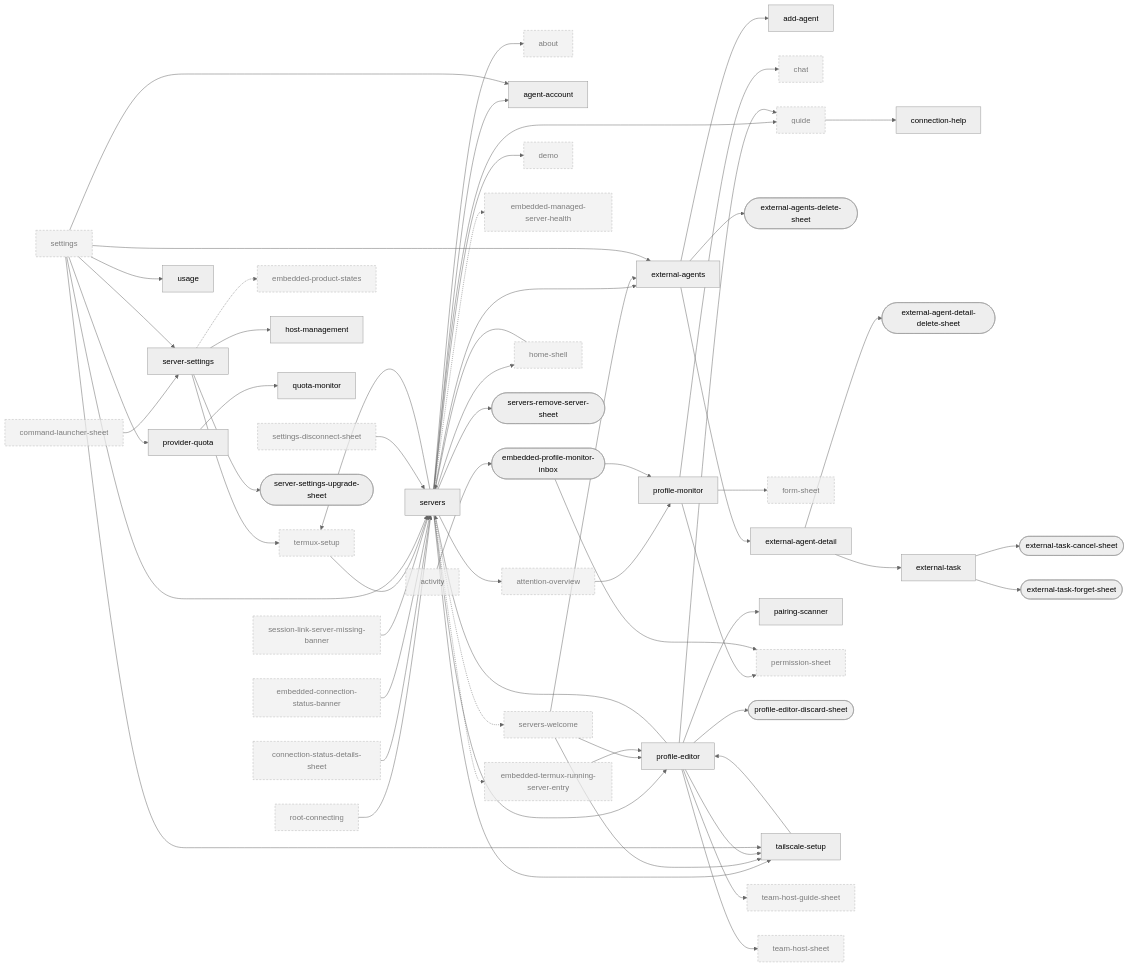
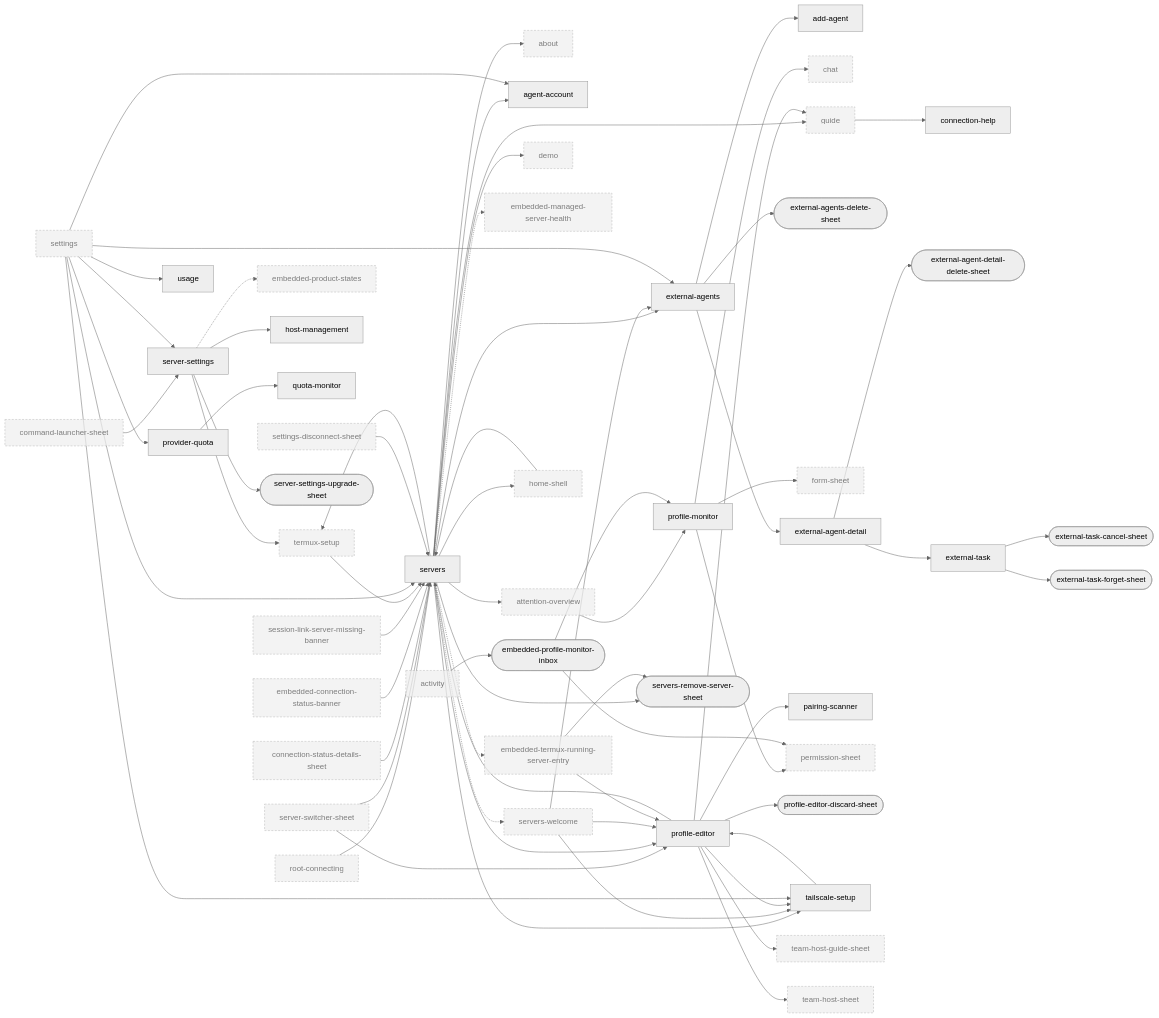
Before and after one commit to Breskott/opencode-mobile-next: the fifth of 10 diagrams in docs/design/ui-ledger/navigation.md, drawn with Mermaid (neutral theme). The commit also changed other lines of this file and 19 other files, not shown here.

First line of the commit message:
feat(shell): the server name in the app bar is the server switcher

```diff
--- a/docs/design/ui-ledger/navigation.md
+++ b/docs/design/ui-ledger/navigation.md
@@ -690,6 +700,7 @@
   root_connecting["root-connecting"]:::ext
   server_settings["server-settings"]
   server_settings_upgrade_sheet(["server-settings-upgrade-sheet"])
+  server_switcher_sheet["server-switcher-sheet"]:::ext
   servers["servers"]
   servers_remove_server_sheet(["servers-remove-server-sheet"])
   servers_welcome["servers-welcome"]:::ext
@@ -703,6 +714,8 @@
   usage["usage"]
   root_connecting --> servers
   home_shell --> servers
+  server_switcher_sheet --> servers
+  server_switcher_sheet --> profile_editor
   connection_status_details_sheet --> servers
   embedded_connection_status_banner --> servers
   session_link_server_missing_banner --> servers
@@ -745,6 +758,7 @@
   embedded_profile_monitor_inbox --> permission_sheet
   provider_quota --> quota_monitor
   termux_setup --> servers
+  embedded_termux_running_server_entry --> servers_remove_server_sheet
   settings --> server_settings
   settings --> servers
   settings --> agent_account
```
